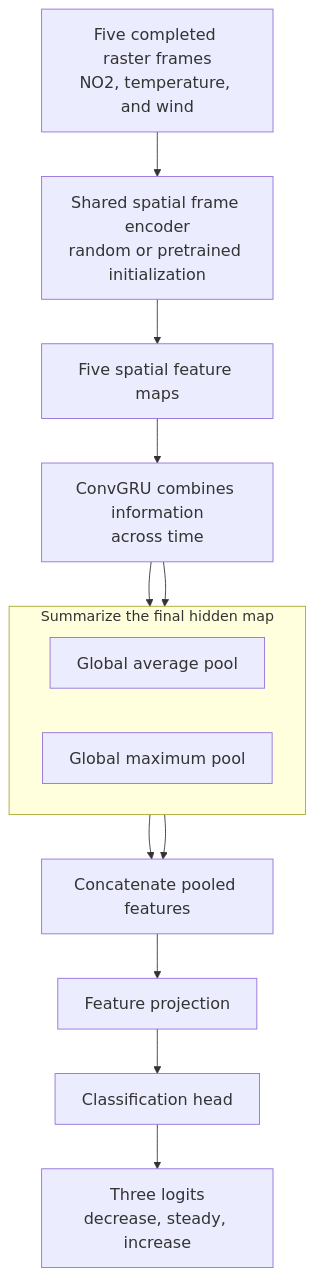
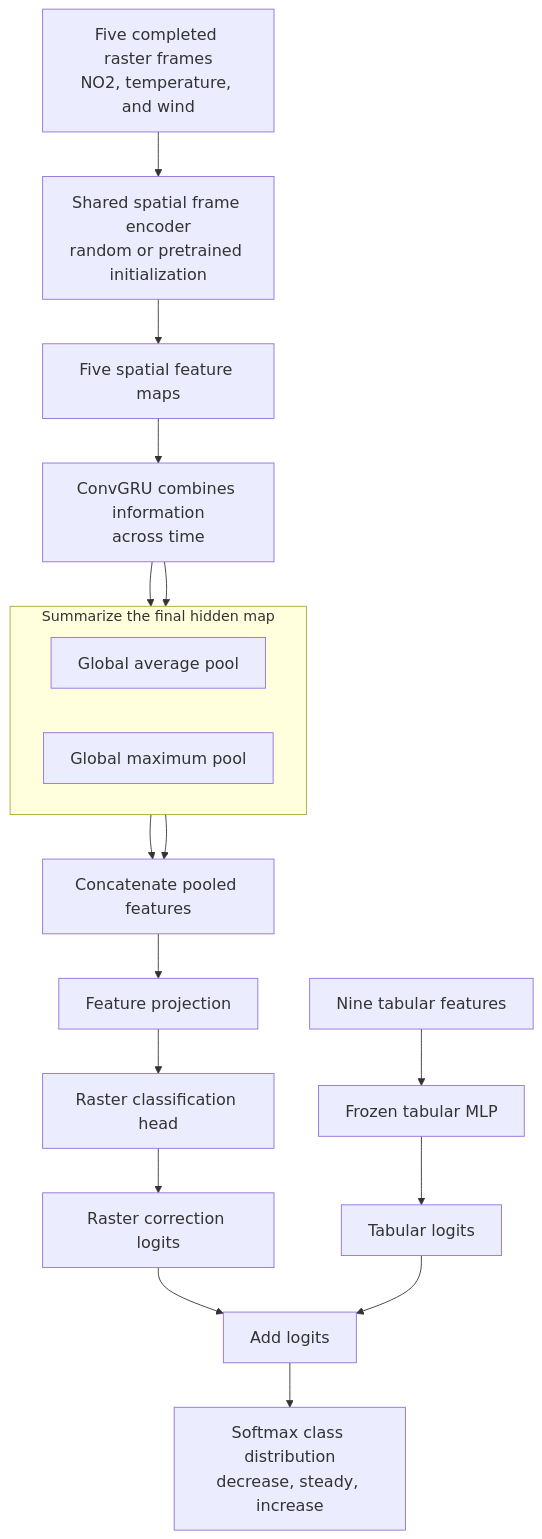
The diagram in docs/delta-modeling/modeling.md (pranav-walimbe/no2-modeling), drawn with Mermaid before and after one commit. The commit also changed other lines of this file and 11 other files, not shown here.

````diff
--- a/docs/delta-modeling/modeling.md
+++ b/docs/delta-modeling/modeling.md
@@ -74,24 +79,29 @@
 ```mermaid
 flowchart TB
     Frames[Five completed raster frames<br/>NO2, temperature, and wind]
     Frames --> FrameEncoder[Shared spatial frame encoder<br/>random or pretrained initialization]
     FrameEncoder --> Encoded[Five spatial feature maps]
     Encoded --> GRU[ConvGRU combines information<br/>across time]
 
     subgraph Pooling[Summarize the final hidden map]
         direction LR
         Average[Global average pool]
         Maximum[Global maximum pool]
     end
 
     GRU --> Average
     GRU --> Maximum
     Average --> PoolJoin[Concatenate pooled features]
     Maximum --> PoolJoin
     PoolJoin --> Projection[Feature projection]
-    Projection --> Head[Classification head]
-    Head --> Logits[Three logits<br/>decrease, steady, increase]
+    Projection --> RasterHead[Raster classification head]
+    RasterHead --> RasterLogits[Raster correction logits]
+    Features[Nine tabular features] --> FrozenMLP[Frozen tabular MLP]
+    FrozenMLP --> TabularLogits[Tabular logits]
+    RasterLogits --> Add[Add logits]
+    TabularLogits --> Add
+    Add --> Distribution[Softmax class distribution<br/>decrease, steady, increase]
 
     classDef stage font-size:18px
-    class Frames,FrameEncoder,Encoded,GRU,Average,Maximum,PoolJoin,Projection,Head,Logits stage
+    class Frames,FrameEncoder,Encoded,GRU,Average,Maximum,PoolJoin,Projection,RasterHead,RasterLogits,Features,FrozenMLP,TabularLogits,Add,Distribution stage
 ```
````
